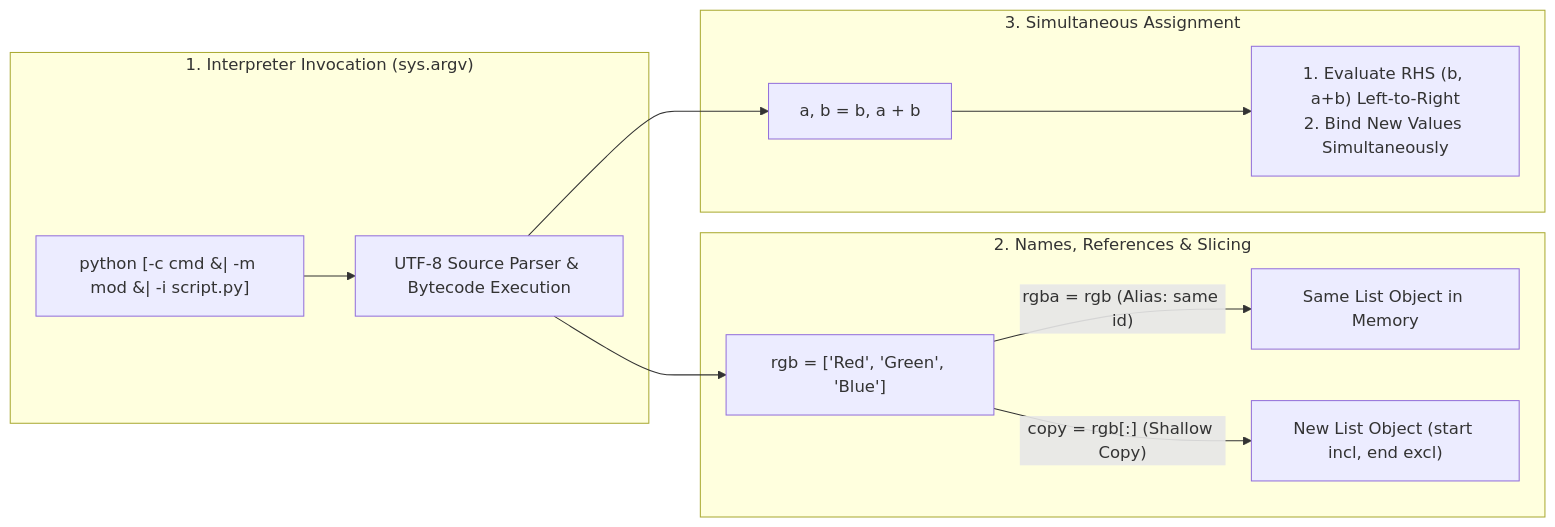
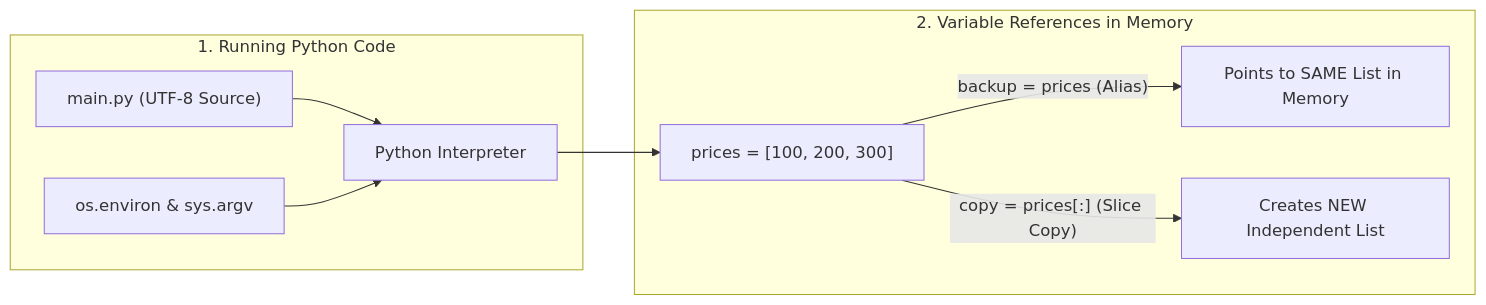
The diagram in Python/01. Introduction.md (Valay-2004/Notes), drawn with Mermaid before and after one commit. The commit also changed other lines of this file and 13 other files, not shown here.

````diff
--- a/Python/01. Introduction.md
+++ b/Python/01. Introduction.md
@@ -133,15 +136,12 @@
 ```mermaid
 flowchart LR
-    subgraph CLI["1. Interpreter Invocation (sys.argv)"]
-        A["python [-c cmd &#124; -m mod &#124; -i script.py]"] --> B["UTF-8 Source Parser &amp; Bytecode Execution"]
+    subgraph EXEC["1. Running Python Code"]
+        SRC["main.py (UTF-8 Source)"] --> INT["Python Interpreter"]
+        ENV["os.environ & sys.argv"] --> INT
     end
-    subgraph MEM["2. Names, References & Slicing"]
-        B --> C["rgb = ['Red', 'Green', 'Blue']"]
-        C -->|"rgba = rgb (Alias: same id)"| D["Same List Object in Memory"]
-        C -->|"copy = rgb[:] (Shallow Copy)"| E["New List Object (start incl, end excl)"]
-    end
-    subgraph LOOP["3. Simultaneous Assignment"]
-        B --> F["a, b = b, a + b"]
-        F --> G["1. Evaluate RHS (b, a+b) Left-to-Right<br/>2. Bind New Values Simultaneously"]
+    subgraph MEM["2. Variable References in Memory"]
+        INT --> L1["prices = [100, 200, 300]"]
+        L1 -->|"backup = prices (Alias)"| SAME["Points to SAME List in Memory"]
+        L1 -->|"copy = prices[:] (Slice Copy)"| NEW["Creates NEW Independent List"]
     end
 ```
````
